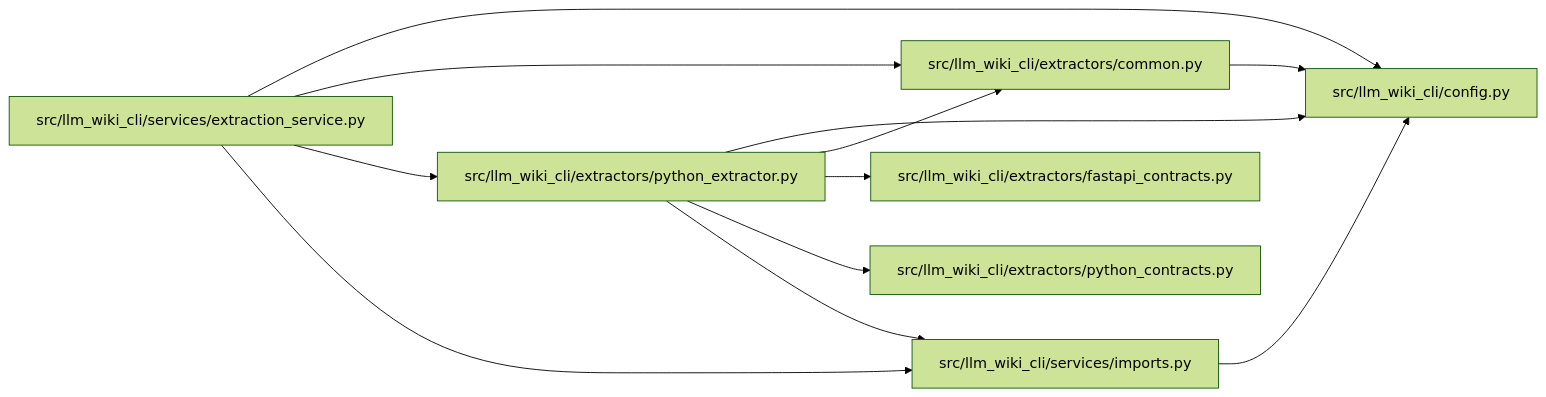
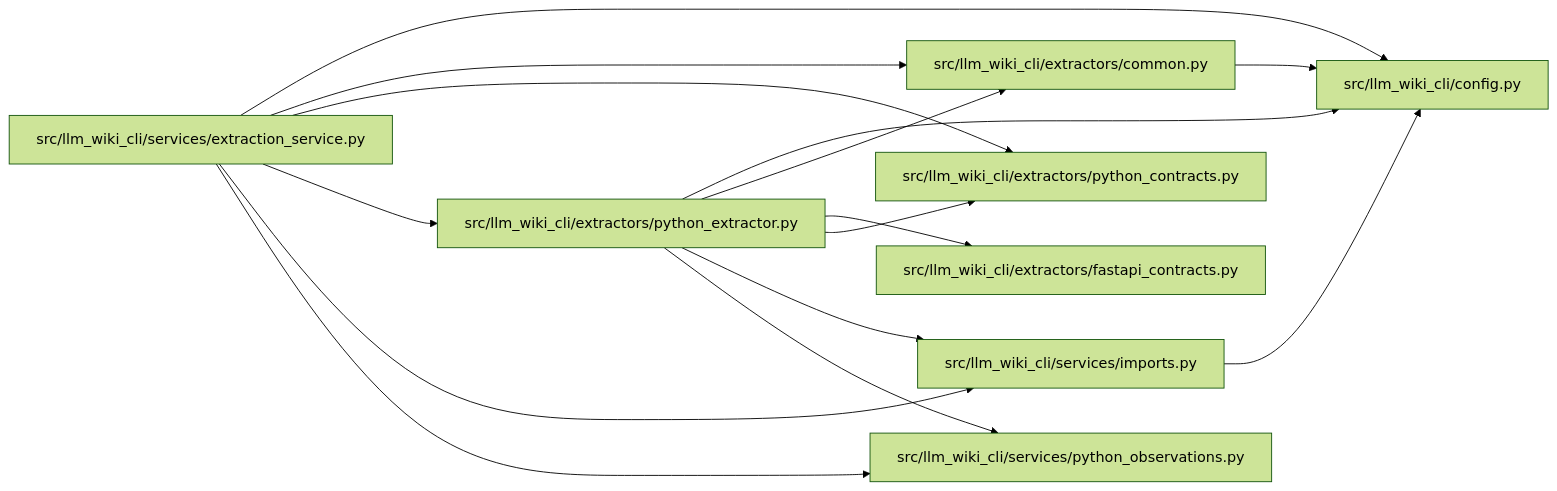
The diagram in docs/llm_wiki/modules/python_extractor.md (Denissvgn/python-wiki-llm), drawn with Mermaid (forest theme) before and after one commit. The commit also changed other lines of this file and 240 other files, not shown here.

````diff
--- a/docs/llm_wiki/modules/python_extractor.md
+++ b/docs/llm_wiki/modules/python_extractor.md
@@ -26,28 +27,33 @@
 ```mermaid
 flowchart LR
     n0["src/llm_wiki_cli/config.py"]
     n1["src/llm_wiki_cli/extractors/common.py"]
     n2["src/llm_wiki_cli/extractors/fastapi_contracts.py"]
     n3["src/llm_wiki_cli/extractors/python_contracts.py"]
     n4["src/llm_wiki_cli/extractors/python_extractor.py"]
     n5["src/llm_wiki_cli/services/extraction_service.py"]
     n6["src/llm_wiki_cli/services/imports.py"]
+    n7["src/llm_wiki_cli/services/python_observations.py"]
     n1 --> n0
     n4 --> n0
     n4 --> n1
     n4 --> n2
     n4 --> n3
     n4 --> n6
+    n4 --> n7
     n5 --> n0
     n5 --> n1
+    n5 --> n3
     n5 --> n4
     n5 --> n6
+    n5 --> n7
     n6 --> n0
     click n0 "../modules/config.md"
     click n1 "../modules/common.md"
     click n2 "../modules/fastapi_contracts.md"
     click n3 "../modules/python_contracts.md"
     click n4 "../modules/python_extractor.md"
     click n5 "../modules/extraction_service.md"
     click n6 "../modules/imports.md"
+    click n7 "../modules/python_observations.md"
 ```
````
